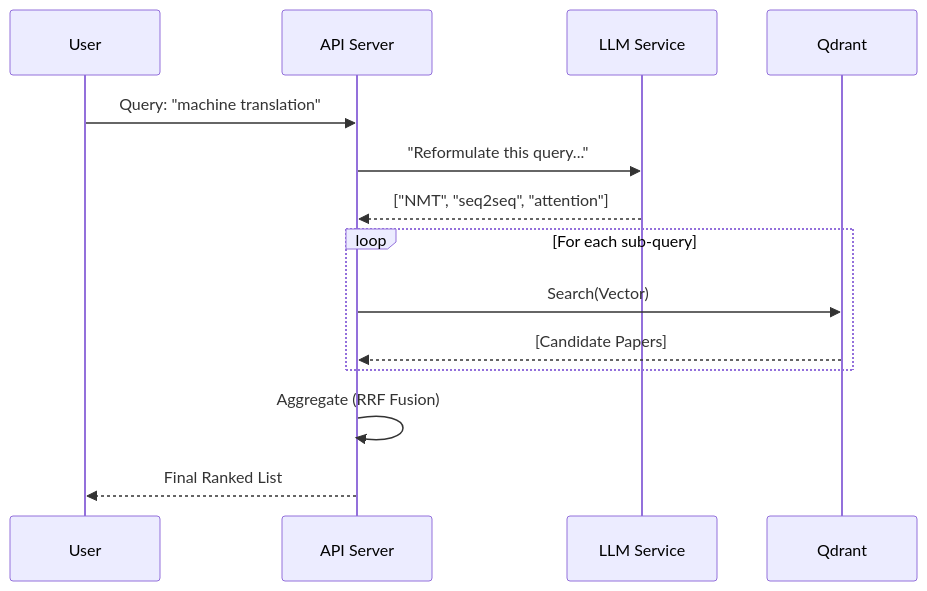
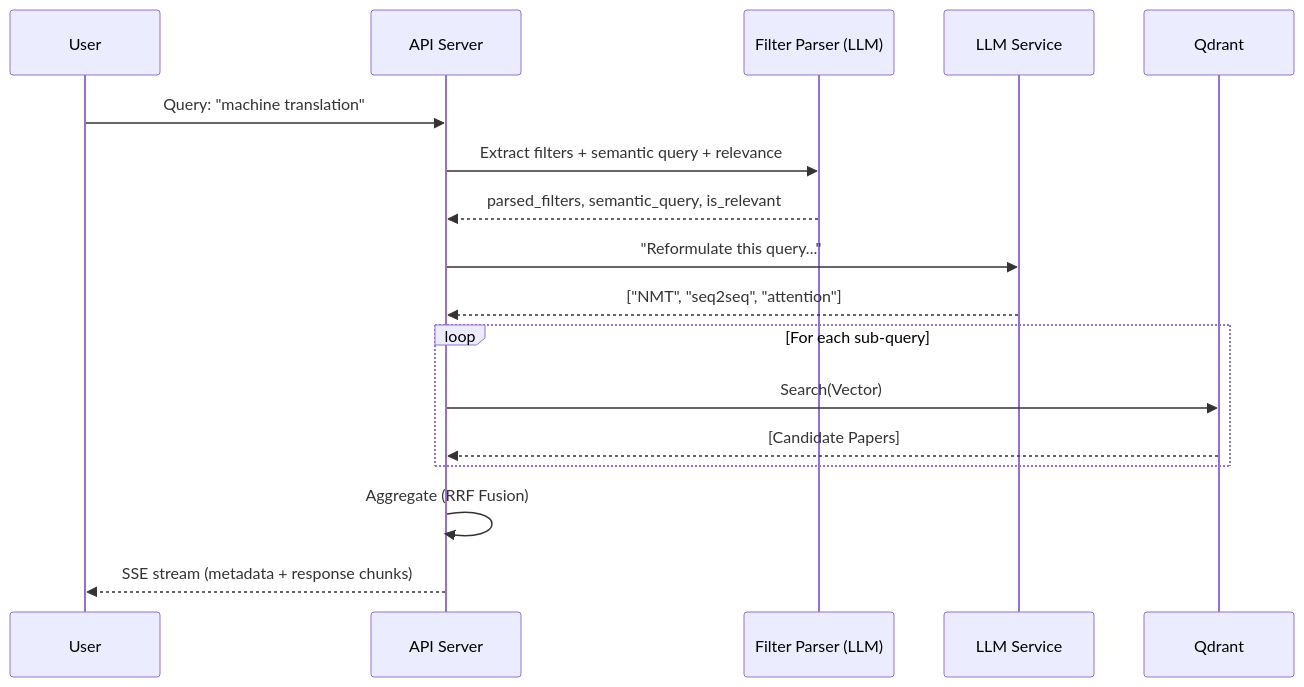
One commit to nnayz/acl-anthology-rag changed the second of 2 diagrams in docs/workflows.md. Above: the diagram before and after it, drawn with Mermaid. The commit also changed other lines of this file and 10 other files, not shown here.

````diff
--- a/docs/workflows.md
+++ b/docs/workflows.md
@@ -50,17 +50,20 @@
 ```mermaid
 sequenceDiagram
     participant U as User
     participant API as API Server
+    participant FP as Filter Parser (LLM)
     participant LLM as LLM Service
     participant DB as Qdrant
     
     U->>API: Query: "machine translation"
+    API->>FP: Extract filters + semantic query + relevance
+    FP-->>API: parsed_filters, semantic_query, is_relevant
     API->>LLM: "Reformulate this query..."
     LLM-->>API: ["NMT", "seq2seq", "attention"]
     loop For each sub-query
         API->>DB: Search(Vector)
         DB-->>API: [Candidate Papers]
     end
     API->>API: Aggregate (RRF Fusion)
-    API-->>U: Final Ranked List
+    API-->>U: SSE stream (metadata + response chunks)
 ```
````
